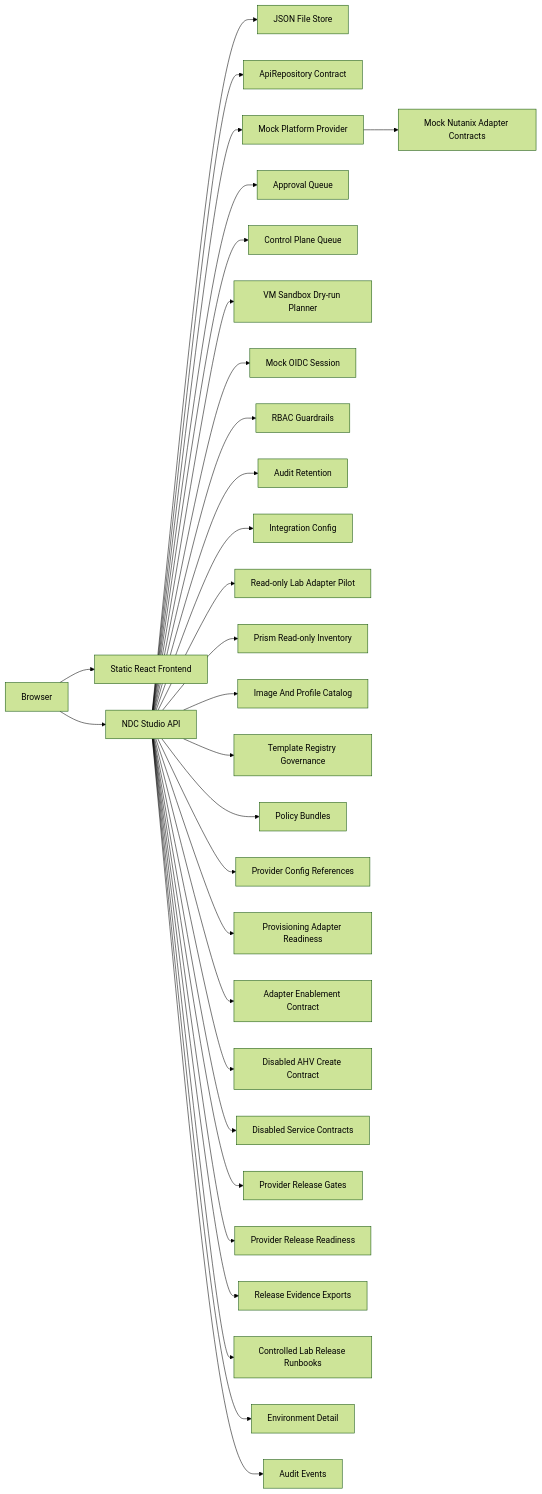
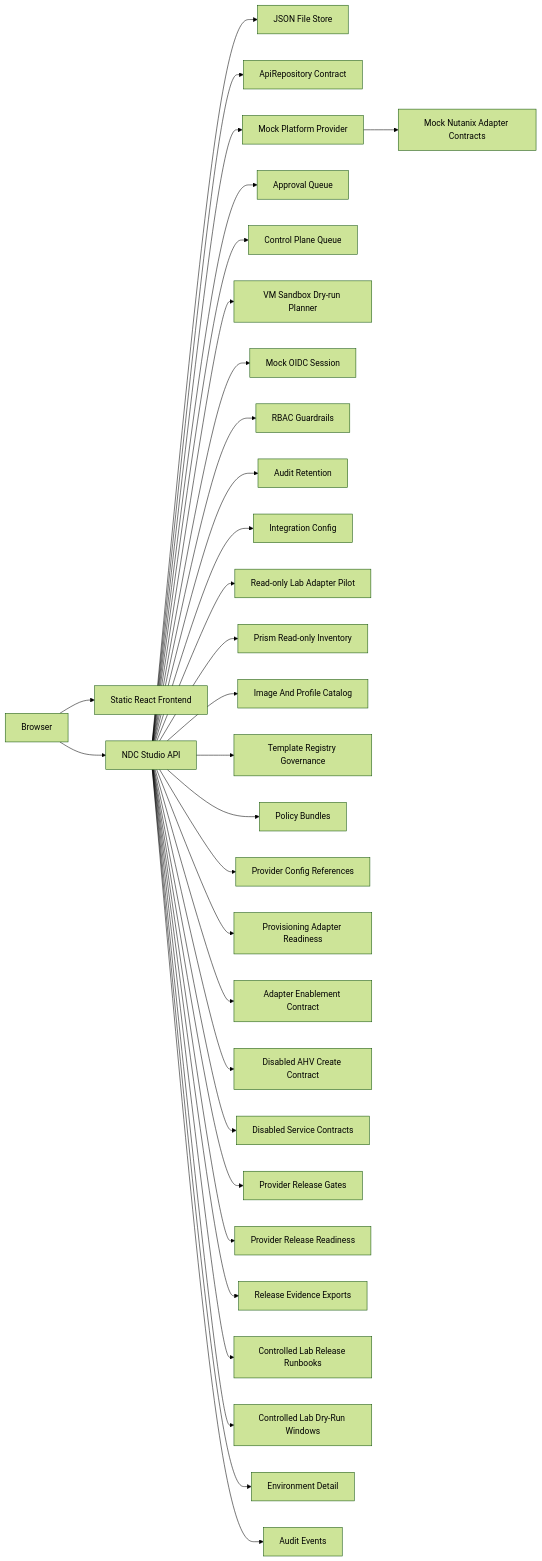
The second of 2 diagrams in docs/architecture.md (VirtuArchitect/nutanix-developer-cloud-studio), drawn with Mermaid (forest theme) before and after one commit. The commit also changed other lines of this file and 21 other files, not shown here.

Commit message:
Add v2.13 controlled lab dry-run window

````diff
--- a/docs/architecture.md
+++ b/docs/architecture.md
@@ -21,32 +21,33 @@
 ```mermaid
 flowchart LR
     Browser["Browser"] --> Web["Static React Frontend"]
     Browser --> Api["NDC Studio API"]
     Api --> Store["JSON File Store"]
     Api --> Repo["ApiRepository Contract"]
     Api --> Provider["Mock Platform Provider"]
     Provider --> Adapters["Mock Nutanix Adapter Contracts"]
     Api --> Approvals["Approval Queue"]
     Api --> Queue["Control Plane Queue"]
     Api --> VmDryRun["VM Sandbox Dry-run Planner"]
     Api --> Identity["Mock OIDC Session"]
     Api --> Rbac["RBAC Guardrails"]
     Api --> AuditRetention["Audit Retention"]
     Api --> Config["Integration Config"]
     Api --> LabAdapters["Read-only Lab Adapter Pilot"]
     Api --> PrismInventory["Prism Read-only Inventory"]
     Api --> Inventory["Image And Profile Catalog"]
     Api --> Registry["Template Registry Governance"]
     Api --> Bundles["Policy Bundles"]
     Api --> ProviderConfig["Provider Config References"]
     Api --> AdapterReadiness["Provisioning Adapter Readiness"]
     Api --> AdapterEnablement["Adapter Enablement Contract"]
     Api --> AhvCreateContract["Disabled AHV Create Contract"]
     Api --> ServiceContracts["Disabled Service Contracts"]
     Api --> ProviderRelease["Provider Release Gates"]
     Api --> ReleaseDashboard["Provider Release Readiness"]
     Api --> ReleaseEvidence["Release Evidence Exports"]
     Api --> ReleaseRunbook["Controlled Lab Release Runbooks"]
+    Api --> ReleaseWindow["Controlled Lab Dry-Run Windows"]
     Api --> Details["Environment Detail"]
     Api --> Audit["Audit Events"]
 ```
````
